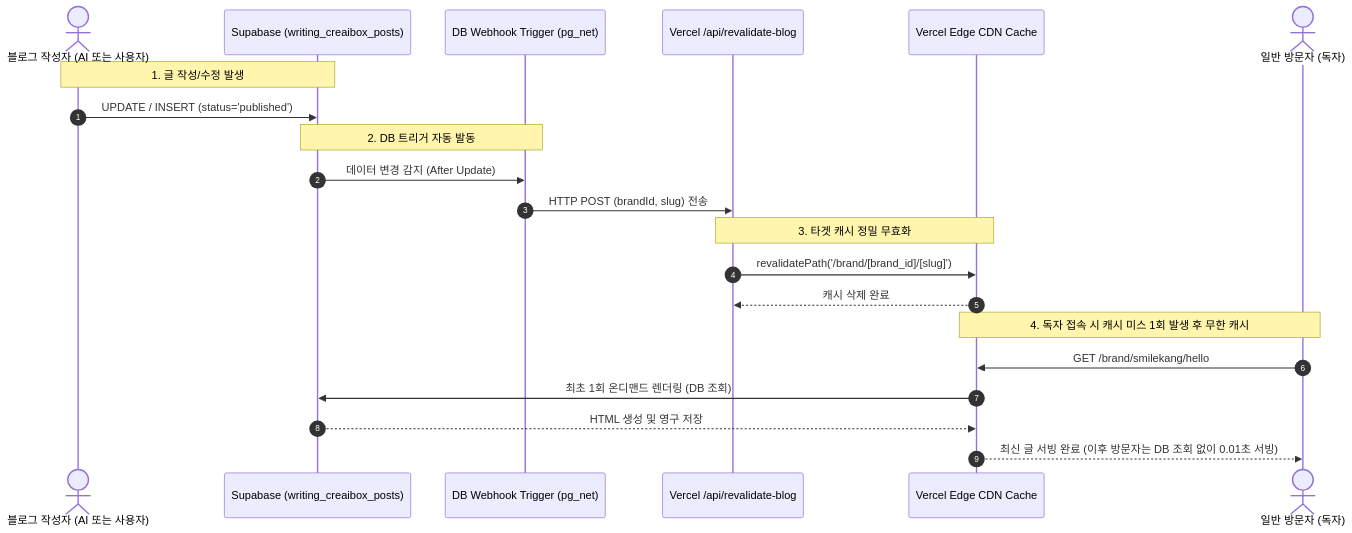
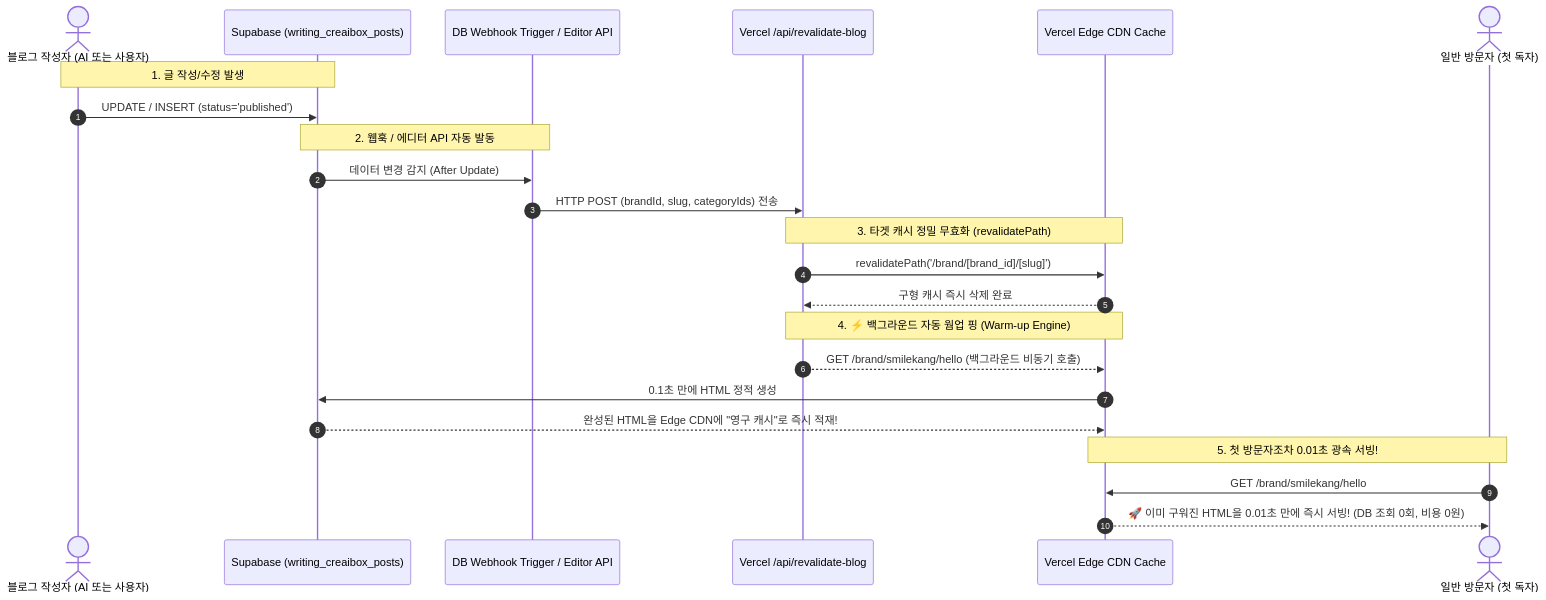
The diagram in docs/arch/01_core-and-infra/on-demand-revalidation-webhook-architecture.md (namea1000/creaibox), drawn with Mermaid before and after one commit. The commit also changed other lines of this file and 5 other files, not shown here.

````diff
--- a/docs/arch/01_core-and-infra/on-demand-revalidation-webhook-architecture.md
+++ b/docs/arch/01_core-and-infra/on-demand-revalidation-webhook-architecture.md
@@ -19,27 +19,30 @@
 ```mermaid
 sequenceDiagram
     autonumber
     actor Writer as 블로그 작성자 (AI 또는 사용자)
     participant DB as Supabase (writing_creaibox_posts)
-    participant Trigger as DB Webhook Trigger (pg_net)
+    participant Trigger as DB Webhook Trigger / Editor API
     participant API as Vercel /api/revalidate-blog
     participant Edge as Vercel Edge CDN Cache
-    actor Reader as 일반 방문자 (독자)
+    actor Reader as 일반 방문자 (첫 독자)
 
     Note over Writer, DB: 1. 글 작성/수정 발생
     Writer->>DB: UPDATE / INSERT (status='published')
     
-    Note over DB, Trigger: 2. DB 트리거 자동 발동
+    Note over DB, Trigger: 2. 웹훅 / 에디터 API 자동 발동
     DB->>Trigger: 데이터 변경 감지 (After Update)
-    Trigger->>API: HTTP POST (brandId, slug) 전송
+    Trigger->>API: HTTP POST (brandId, slug, categoryIds) 전송
     
-    Note over API, Edge: 3. 타겟 캐시 정밀 무효화
+    Note over API, Edge: 3. 타겟 캐시 정밀 무효화 (revalidatePath)
     API->>Edge: revalidatePath('/brand/[brand_id]/[slug]')
-    Edge-->>API: 캐시 삭제 완료
+    Edge-->>API: 구형 캐시 즉시 삭제 완료
     
-    Note over Reader, Edge: 4. 독자 접속 시 캐시 미스 1회 발생 후 무한 캐시
+    Note over API, Edge: 4. ⚡ 백그라운드 자동 웜업 핑 (Warm-up Engine)
+    API-->>Edge: GET /brand/smilekang/hello (백그라운드 비동기 호출)
+    Edge->>DB: 0.1초 만에 HTML 정적 생성
+    DB-->>Edge: 완성된 HTML을 Edge CDN에 "영구 캐시"로 즉시 적재!
+    
+    Note over Reader, Edge: 5. 첫 방문자조차 0.01초 광속 서빙!
     Reader->>Edge: GET /brand/smilekang/hello
-    Edge->>DB: 최초 1회 온디맨드 렌더링 (DB 조회)
-    DB-->>Edge: HTML 생성 및 영구 저장
-    Edge-->>Reader: 최신 글 서빙 완료 (이후 방문자는 DB 조회 없이 0.01초 서빙)
+    Edge-->>Reader: 🚀 이미 구워진 HTML을 0.01초 만에 즉시 서빙! (DB 조회 0회, 비용 0원)
 ```
````
